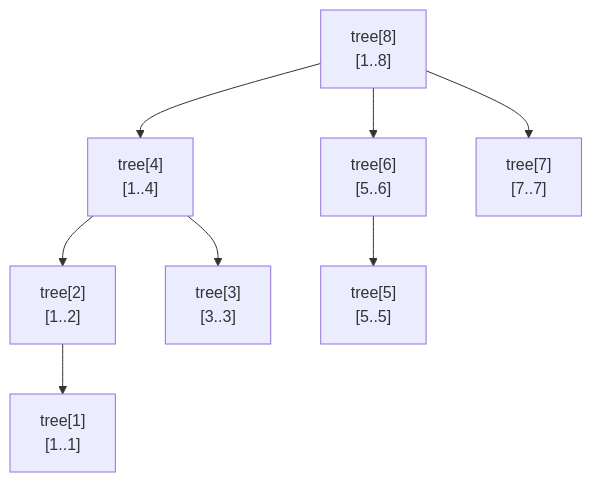
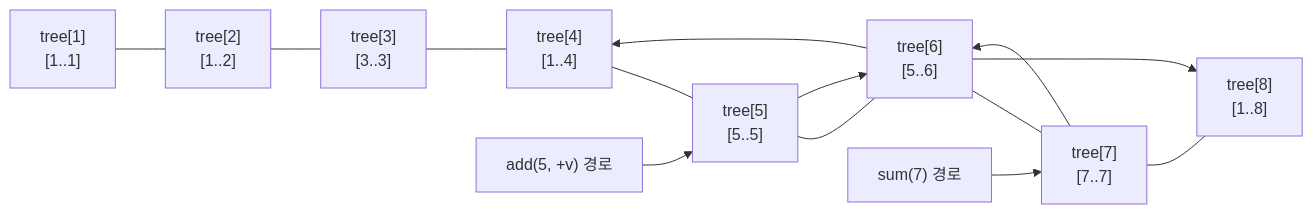
One commit to mandoobox/mandoobox.github.io changed the diagram in _posts/algorithm/2026-03-07-fenwick-tree.md. Above: the diagram before and after it, drawn with Mermaid. The commit also changed other lines of this file and 24 other files, not shown here.

Commit message:
feat: mermaid kr

````diff
--- a/_posts/algorithm/2026-03-07-fenwick-tree.md
+++ b/_posts/algorithm/2026-03-07-fenwick-tree.md
@@ -53,10 +53,21 @@
 ```mermaid
-flowchart TD
-    T8["tree[8]\n[1..8]"] --> T4["tree[4]\n[1..4]"]
-    T8 --> T6["tree[6]\n[5..6]"]
-    T4 --> T2["tree[2]\n[1..2]"]
-    T4 --> T3_4["tree[3]\n[3..3]"]
-    T2 --> T1["tree[1]\n[1..1]"]
-    T6 --> T5["tree[5]\n[5..5]"]
-    T8 --> T7["tree[7]\n[7..7]"]
+flowchart LR
+    T1["tree[1]\n[1..1]"]
+    T2["tree[2]\n[1..2]"]
+    T3["tree[3]\n[3..3]"]
+    T4["tree[4]\n[1..4]"]
+    T5["tree[5]\n[5..5]"]
+    T6["tree[6]\n[5..6]"]
+    T7["tree[7]\n[7..7]"]
+    T8["tree[8]\n[1..8]"]
+
+    T1 --- T2 --- T3 --- T4 --- T5 --- T6 --- T7 --- T8
+
+    Q["sum(7) 경로"] --> T7
+    T7 --> T6
+    T6 --> T4
+
+    U["add(5, +v) 경로"] --> T5
+    T5 --> T6
+    T6 --> T8
 ```
````
